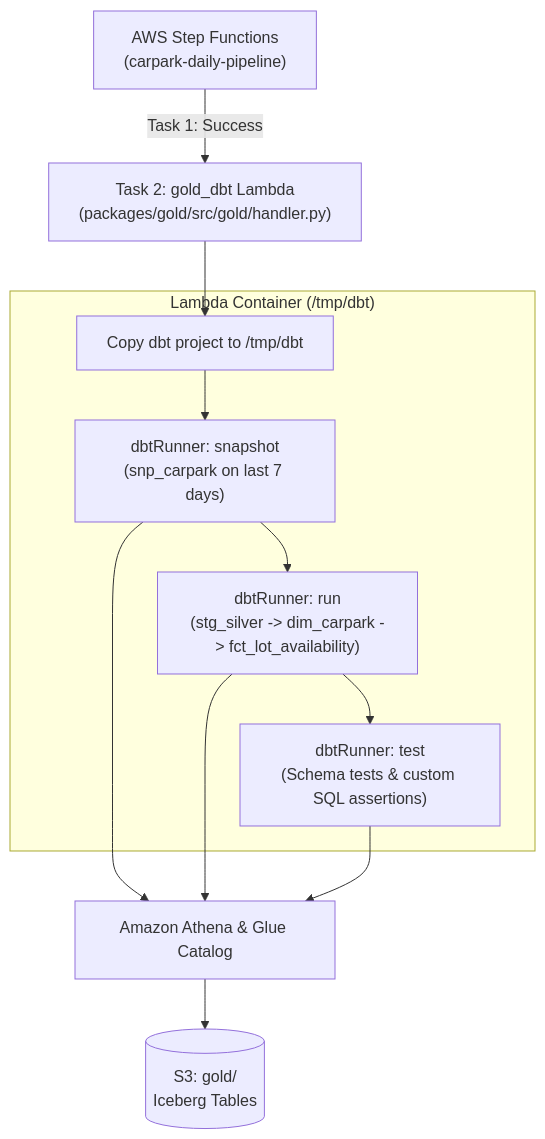
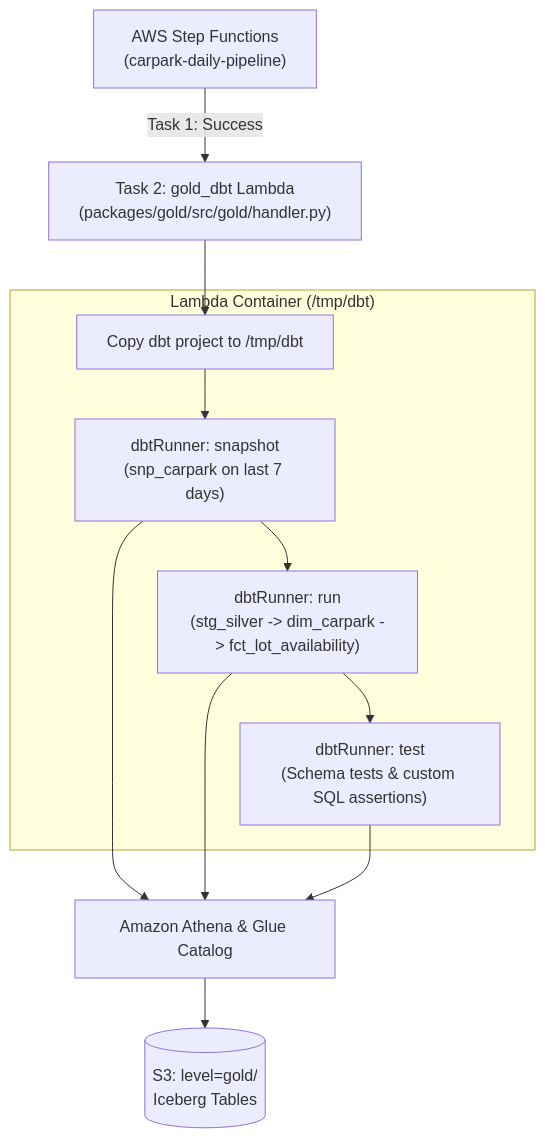
One commit to ShengHaozz/Carpark-Availabilities-Data changed the diagram in docs/gold.md. Above: the diagram before and after it, drawn with Mermaid. The commit also changed 4 other files, not shown here.

Commit message:
feat(gold): rename S3 gold folder to level=gold

````diff
--- a/docs/gold.md
+++ b/docs/gold.md
@@ -15,14 +15,14 @@
 ```mermaid
 flowchart TD
     SFN["AWS Step Functions\n(carpark-daily-pipeline)"] -->|Task 1: Success| LambdaGold["Task 2: gold_dbt Lambda\n(packages/gold/src/gold/handler.py)"]
     
     subgraph Lambda Execution ["Lambda Container (/tmp/dbt)"]
         Setup["Copy dbt project to /tmp/dbt"] --> DbtSnap["dbtRunner: snapshot\n(snp_carpark on last 7 days)"]
         DbtSnap --> DbtRun["dbtRunner: run\n(stg_silver -> dim_carpark -> fct_lot_availability)"]
         DbtRun --> DbtTest["dbtRunner: test\n(Schema tests & custom SQL assertions)"]
     end
 
     LambdaGold --> Setup
     DbtSnap & DbtRun & DbtTest --> Athena["Amazon Athena & Glue Catalog"]
-    Athena --> S3Gold[("S3: gold/\nIceberg Tables")]
+    Athena --> S3Gold[("S3: level=gold/\nIceberg Tables")]
 ```
````
